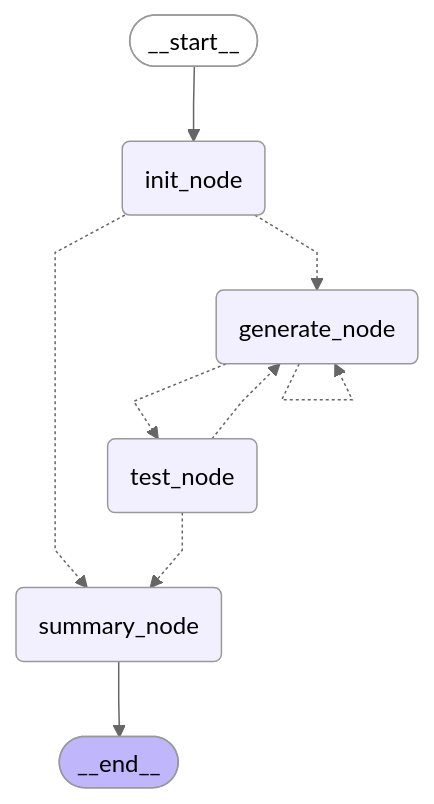
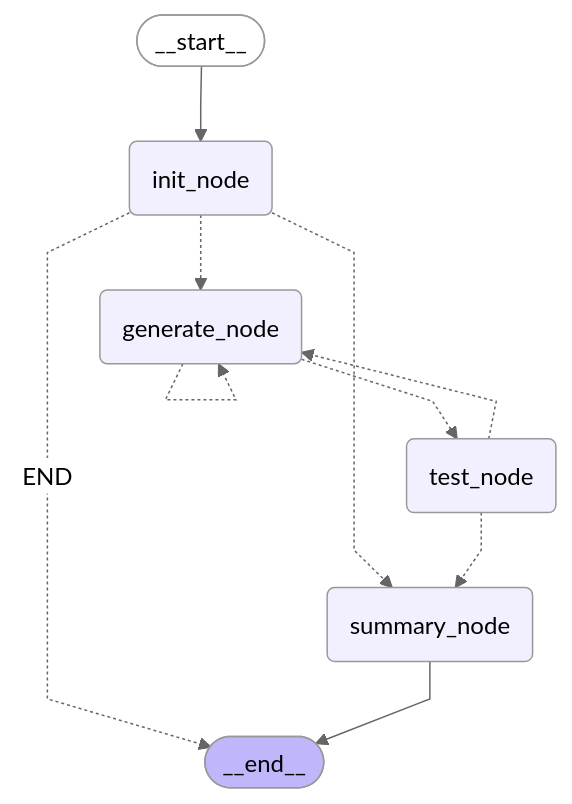
One commit to GigaGaiaWorld/nsai_master changed the diagram in langda/history/langda_agent_full_mermaid.mmd. Above: the diagram before and after it, drawn with Mermaid (neutral theme). The commit also changed 247 other files, not shown here.

```diff
--- a/langda/history/langda_agent_full_mermaid.mmd
+++ b/langda/history/langda_agent_full_mermaid.mmd
@@ -1,23 +1,24 @@
 ---
 config:
   flowchart:
     curve: linear
 ---
 graph TD;
 	__start__([<p>__start__</p>]):::first
 	init_node(init_node)
 	generate_node(generate_node)
 	test_node(test_node)
 	summary_node(summary_node)
 	__end__([<p>__end__</p>]):::last
 	__start__ --> init_node;
-	summary_node --> __end__;
+	generate_node -.-> test_node;
+	init_node -. &nbsp;END&nbsp; .-> __end__;
 	init_node -.-> generate_node;
 	init_node -.-> summary_node;
-	generate_node -.-> test_node;
 	test_node -.-> generate_node;
 	test_node -.-> summary_node;
+	summary_node --> __end__;
 	generate_node -.-> generate_node;
 	classDef default fill:#f2f0ff,line-height:1.2
 	classDef first fill-opacity:0
 	classDef last fill:#bfb6fc
```
